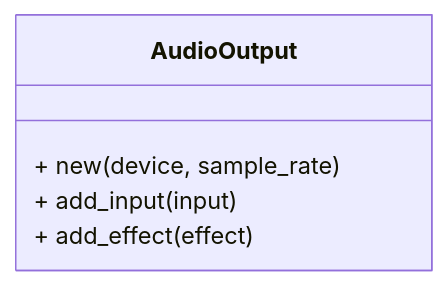
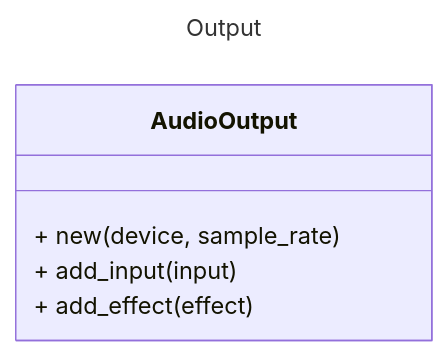
Before and after one commit to stefano-rasi/Synth: the fifth of 5 diagrams in README.md, drawn with Mermaid. The commit also changed other lines of this file, not shown here.

````diff
--- a/README.md
+++ b/README.md
@@ -60,9 +72,12 @@
 ```mermaid
+---
+title: Output
+---
 classDiagram
   class AudioOutput {
     + new(device, sample_rate)
 
     + add_input(input)
     + add_effect(effect)
   }
 ```
````
